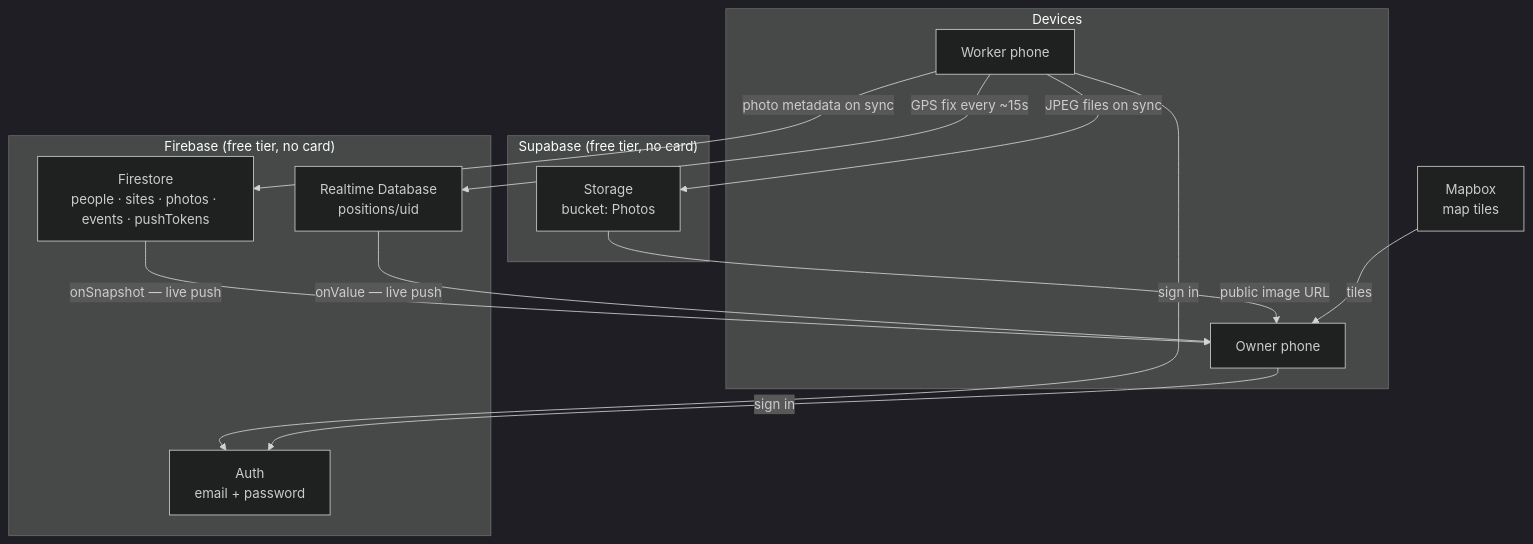
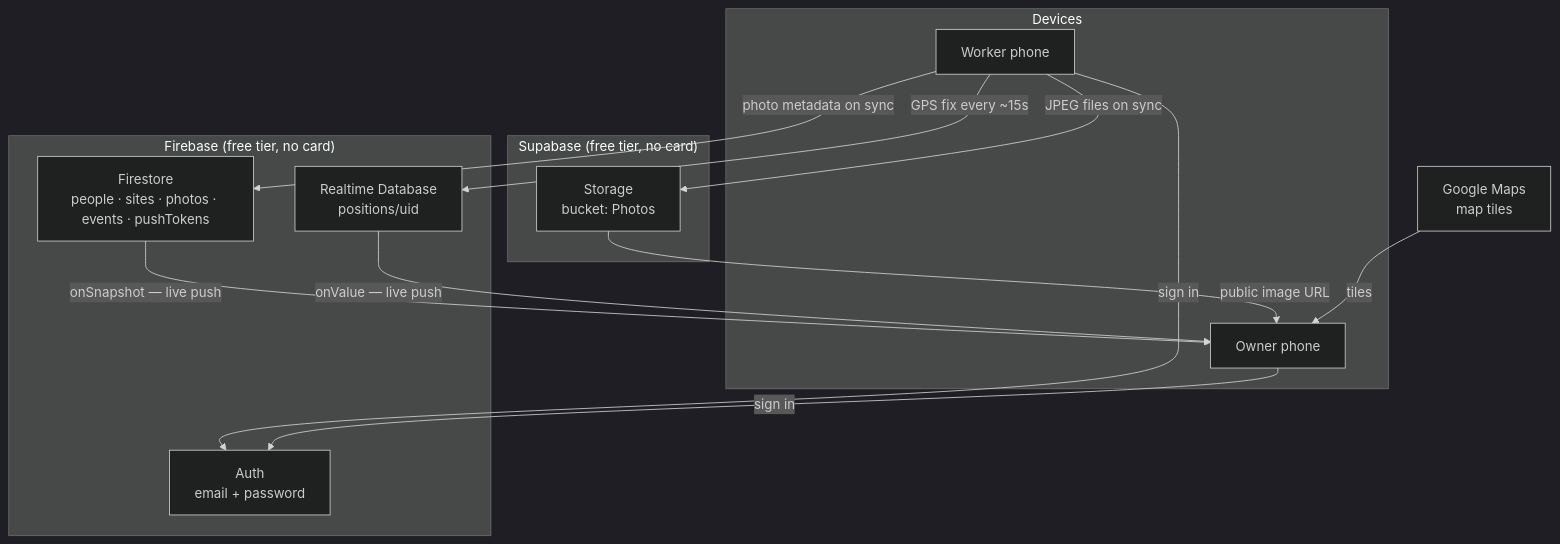
One commit to Aman2132/Site-tracker changed the first of 8 diagrams in PROJECT_OVERVIEW.md. Above: the diagram before and after it, drawn with Mermaid (dark theme). The commit also changed other lines of this file and 28 other files, not shown here.

Commit message:
Added Google maps API key and tested it. ALmost everything is working

````diff
--- a/PROJECT_OVERVIEW.md
+++ b/PROJECT_OVERVIEW.md
@@ -62,30 +62,30 @@
 ```mermaid
 flowchart TB
     subgraph phones["Devices"]
         W["Worker phone"]
         O["Owner phone"]
     end
 
     subgraph fb["Firebase (free tier, no card)"]
         AUTH["Auth<br/>email + password"]
         FS["Firestore<br/>people · sites · photos · events · pushTokens"]
         RTDB["Realtime Database<br/>positions/uid"]
     end
 
     subgraph sb["Supabase (free tier, no card)"]
         STORE["Storage<br/>bucket: Photos"]
     end
 
-    MB["Mapbox<br/>map tiles"]
+    MB["Google Maps<br/>map tiles"]
 
     W -->|sign in| AUTH
     W -->|"GPS fix every ~15s"| RTDB
     W -->|"photo metadata on sync"| FS
     W -->|"JPEG files on sync"| STORE
 
     O -->|sign in| AUTH
     FS -->|"onSnapshot — live push"| O
     RTDB -->|"onValue — live push"| O
     STORE -->|"public image URL"| O
     MB -->|tiles| O
 ```
````
